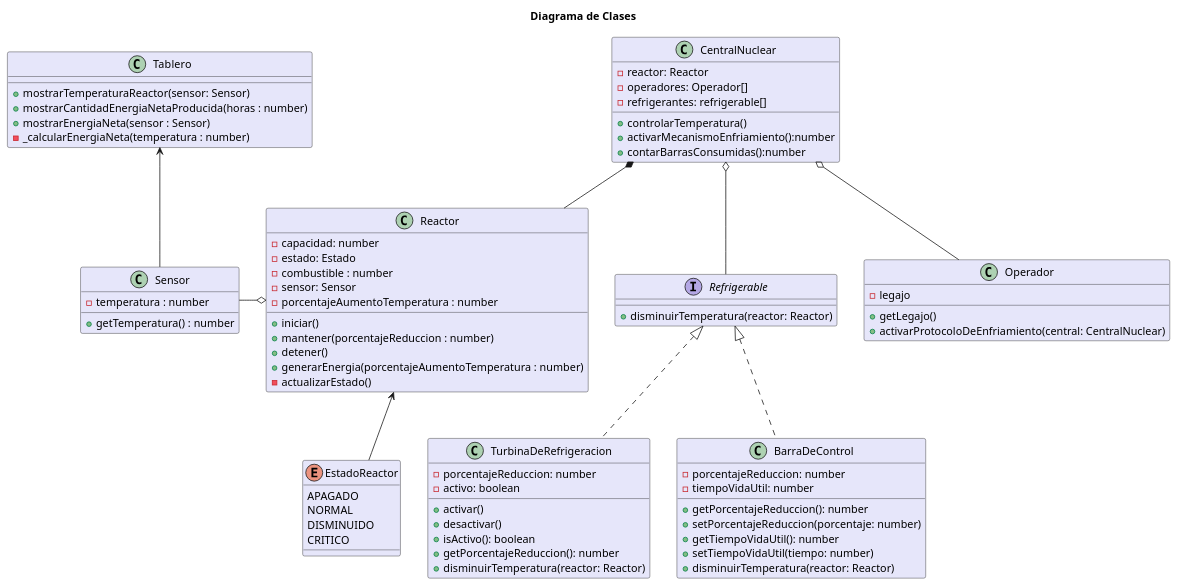
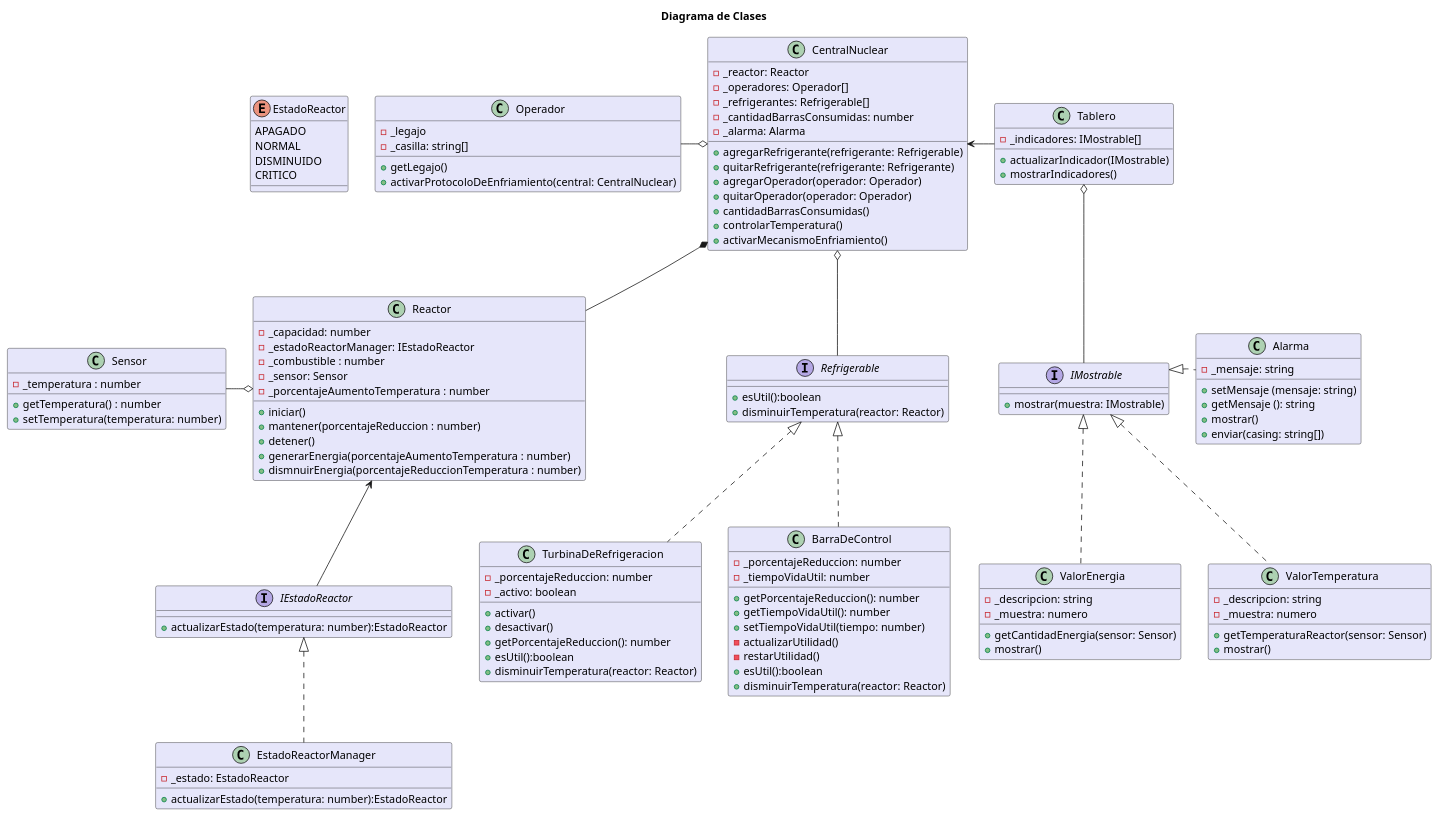
Before and after one commit to fedef1982/Trabajo-Practico-Laboratorio3-2024-Reactor-Nuclear: the diagram in diagramas/DiagramaDeClases.puml, drawn with PlantUML.

Commit message:
Modificacion de Diagrama de Clases
Modificaion diseño Tablero e Interface Mostrarable(todas).

Modificacion de Metodos y atributos
 de Central Nuclear
 de Operador
 de Refrigerables (todos)

Agregado de Alarma

```diff
--- a/diagramas/DiagramaDeClases.puml
+++ b/diagramas/DiagramaDeClases.puml
@@ -1,92 +1,137 @@
 @startuml Diagrama de Clases
 title "Diagrama de Clases"
 skinparam ClassBackgroundColor lavender
 
 'RELACIONES--------------------
 CentralNuclear *-- Reactor
+CentralNuclear o-- Refrigerable
+CentralNuclear o-l- Operador
+CentralNuclear <-r- Tablero
 Reactor o-l- Sensor
-Reactor <-- EstadoReactor
+Reactor <-- IEstadoReactor
 Reactor -r[HIDDEN]- TurbinaDeRefrigeracion
-'Reactor o-- BarraDeControl
-Tablero <-- Sensor
-CentralNuclear o-- Refrigerable
-
-CentralNuclear o-- Operador
-
+Reactor -u[HIDDEN]- EstadoReactor
+Tablero o-- IMostrable
+IMostrable -r[HIDDEN]- Alarma
 '-------------------------------
 
 
 class CentralNuclear {
-    -reactor: Reactor
-    -operadores: Operador[]
-    -refrigerantes: refrigerable[]
+    - _reactor: Reactor
+    - _operadores: Operador[]
+    - _refrigerantes: Refrigerable[]
+    - _cantidadBarrasConsumidas: number
+    - _alarma: Alarma
+    +agregarRefrigerante(refrigerante: Refrigerable)
+    +quitarRefrigerante(refrigerante: Refrigerante)
+    +agregarOperador(operador: Operador)
+    +quitarOperador(operador: Operador)
+    +cantidadBarrasConsumidas()
     +controlarTemperatura()
-    +activarMecanismoEnfriamiento():number
-    +contarBarrasConsumidas():number
+    +activarMecanismoEnfriamiento()
 }
 
 class Reactor {
-    - capacidad: number
-    - estado: Estado
-    - combustible : number
-    - sensor: Sensor
-    - porcentajeAumentoTemperatura : number
-
+    - _capacidad: number
+    - _estadoReactorManager: IEstadoReactor
+    - _combustible : number
+    - _sensor: Sensor
+    - _porcentajeAumentoTemperatura : number
     + iniciar()
     + mantener(porcentajeReduccion : number)
     + detener()
     + generarEnergia(porcentajeAumentoTemperatura : number)
-    - actualizarEstado()
+    + dismnuirEnergia(porcentajeReduccionTemperatura : number)
+}
+
+interface IEstadoReactor{
+    + actualizarEstado(temperatura: number):EstadoReactor
+}
+
+class EstadoReactorManager implements IEstadoReactor{
+    - _estado: EstadoReactor
+    + actualizarEstado(temperatura: number):EstadoReactor
+
 }
 
 class Sensor {
-    - temperatura : number
+    - _temperatura : number
     + getTemperatura() : number
+    + setTemperatura(temperatura: number)
 }
 
-
 interface Refrigerable{
+    + esUtil():boolean
     + disminuirTemperatura(reactor: Reactor)
 }
 
 class BarraDeControl implements Refrigerable {
-    - porcentajeReduccion: number
-    - tiempoVidaUtil: number
+    - _porcentajeReduccion: number
+    - _tiempoVidaUtil: number
     + getPorcentajeReduccion(): number
-    + setPorcentajeReduccion(porcentaje: number)
     + getTiempoVidaUtil(): number
     + setTiempoVidaUtil(tiempo: number)
+    - actualizarUtilidad()
+    - restarUtilidad()
+    + esUtil():boolean
     + disminuirTemperatura(reactor: Reactor)
 }
 
 class TurbinaDeRefrigeracion implements Refrigerable{
-    - porcentajeReduccion: number
-    - activo: boolean
+    - _porcentajeReduccion: number
+    - _activo: boolean
     + activar()
     + desactivar()
-    + isActivo(): boolean
     + getPorcentajeReduccion(): number
+    + esUtil():boolean
     + disminuirTemperatura(reactor: Reactor)
 }
 
 enum EstadoReactor{
     APAGADO
     NORMAL
     DISMINUIDO
     CRITICO
 }
 
-class Tablero{
-    + mostrarTemperaturaReactor(sensor: Sensor)
-    + mostrarCantidadEnergiaNetaProducida(horas : number)
-    + mostrarEnergiaNeta(sensor : Sensor)
-    - _calcularEnergiaNeta(temperatura : number)
+
+interface IMostrable{
+    + mostrar(muestra: IMostrable)
+}
+
+class ValorTemperatura implements IMostrable{
+    - _descripcion: string
+    - _muestra: numero
+    + getTemperaturaReactor(sensor: Sensor)
+    + mostrar()
+}
+
+class ValorEnergia implements IMostrable{
+    - _descripcion: string
+    - _muestra: numero
+    + getCantidadEnergia(sensor: Sensor)
+    + mostrar()
+}
+
+class Alarma implements IMostrable{
+    - _mensaje: string 
+    + setMensaje (mensaje: string)
+    + getMensaje (): string
+    + mostrar()
+    + enviar(casing: string[])
+}
+
+class Tablero  {
+    - _indicadores: IMostrable[]
+    + actualizarIndicador(IMostrable)
+    + mostrarIndicadores()
 }
 
 class Operador{
-    - legajo
+    - _legajo
+    - _casilla: string[]
     + getLegajo()
     + activarProtocoloDeEnfriamiento(central: CentralNuclear)
 }
 
 @enduml
```
